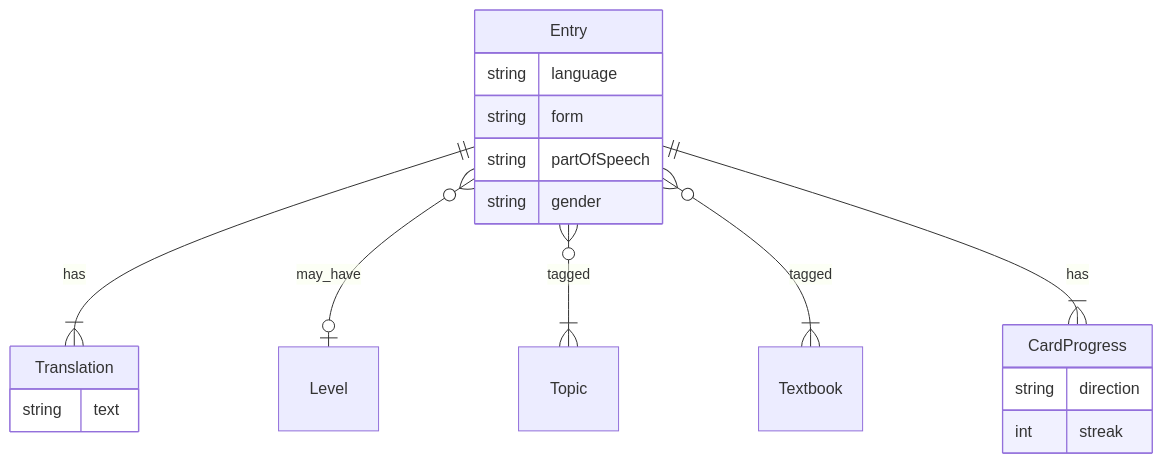
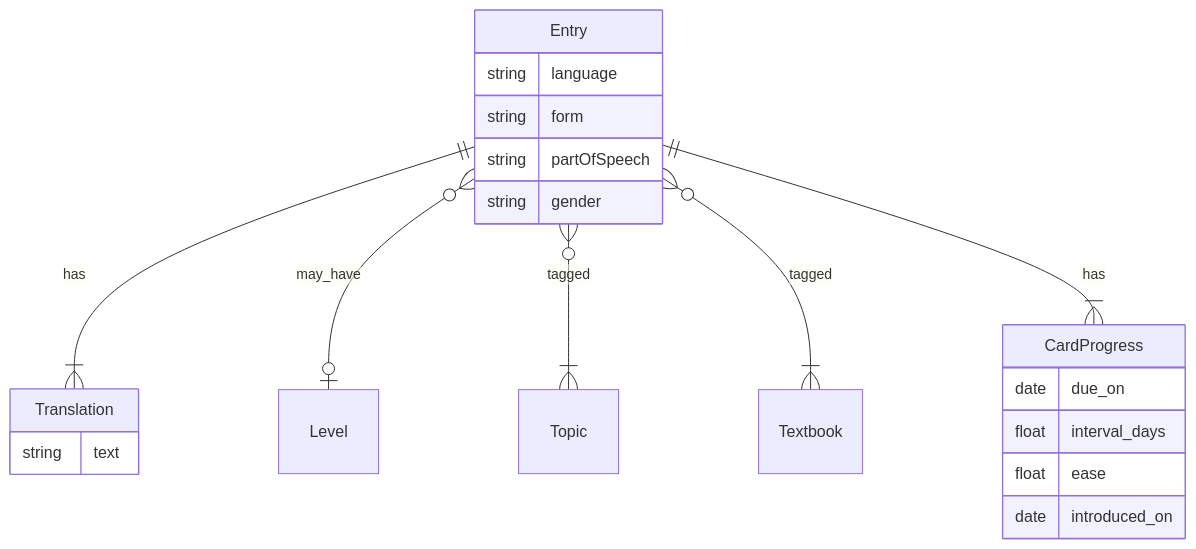
One commit to WildRanger3306/lang-trainer changed the diagram in docs/5-data-model.md. Above: the diagram before and after it, drawn with Mermaid. The commit also changed other lines of this file and 23 other files, not shown here.

````diff
--- a/docs/5-data-model.md
+++ b/docs/5-data-model.md
@@ -65,24 +67,26 @@
 ```mermaid
 erDiagram
   Entry ||--|{ Translation : has
   Entry }o--o| Level : may_have
   Entry }o--|{ Topic : tagged
   Entry }o--|{ Textbook : tagged
 
   Entry {
     string language
     string form
     string partOfSpeech
     string gender
   }
   Entry ||--|{ CardProgress : has
 
   CardProgress {
-    string direction
-    int streak
+    date due_on
+    float interval_days
+    float ease
+    date introduced_on
   }
 
   Translation {
     string text
   }
 ```
````
